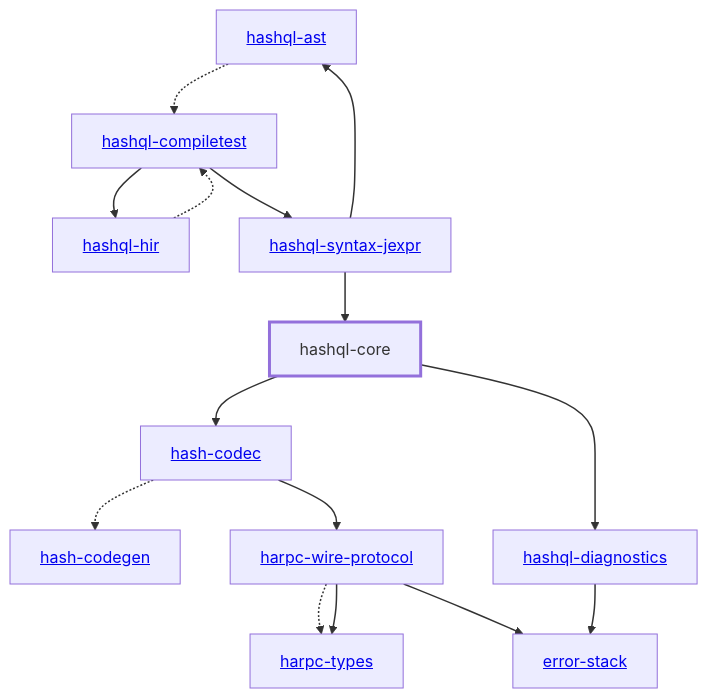
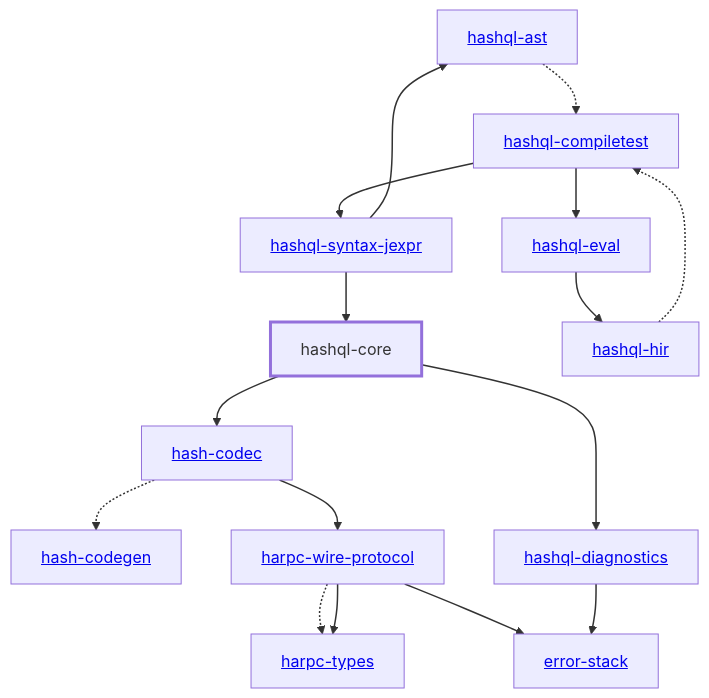
One commit to hashintel/hash changed the diagram in libs/@local/hashql/core/docs/dependency-diagram.mmd. Above: the diagram before and after it, drawn with Mermaid. The commit also changed 17 other files, not shown here.

Commit message:
chore: update dependency diagram

```diff
--- a/libs/@local/hashql/core/docs/dependency-diagram.mmd
+++ b/libs/@local/hashql/core/docs/dependency-diagram.mmd
@@ -1,36 +1,38 @@
 graph TD
     linkStyle default stroke-width:1.5px
     classDef default stroke-width:1px
     classDef root stroke-width:3px
     classDef dev stroke-width:1px
     classDef build stroke-width:1px
     %% Legend
     %% --> : Normal dependency
     %% -.-> : Dev dependency
     %% ---> : Build dependency
     0[<a href="../hash_codec">hash-codec</a>]
     1[<a href="../hash_codegen">hash-codegen</a>]
     2[<a href="../harpc_types">harpc-types</a>]
     3[<a href="../harpc_wire_protocol">harpc-wire-protocol</a>]
     4[<a href="../hashql_ast">hashql-ast</a>]
     5[<a href="../hashql_compiletest">hashql-compiletest</a>]
     6[hashql-core]
     class 6 root
     7[<a href="../hashql_diagnostics">hashql-diagnostics</a>]
-    8[<a href="../hashql_hir">hashql-hir</a>]
-    9[<a href="../hashql_syntax_jexpr">hashql-syntax-jexpr</a>]
-    10[<a href="../error_stack">error-stack</a>]
+    8[<a href="../hashql_eval">hashql-eval</a>]
+    9[<a href="../hashql_hir">hashql-hir</a>]
+    10[<a href="../hashql_syntax_jexpr">hashql-syntax-jexpr</a>]
+    11[<a href="../error_stack">error-stack</a>]
     0 -.-> 1
     0 --> 3
     3 -.-> 2
     3 --> 2
-    3 --> 10
+    3 --> 11
     4 -.-> 5
     5 --> 8
-    5 --> 9
+    5 --> 10
     6 --> 0
     6 --> 7
-    7 --> 10
-    8 -.-> 5
-    9 --> 4
-    9 --> 6
+    7 --> 11
+    8 --> 9
+    9 -.-> 5
+    10 --> 4
+    10 --> 6
```
